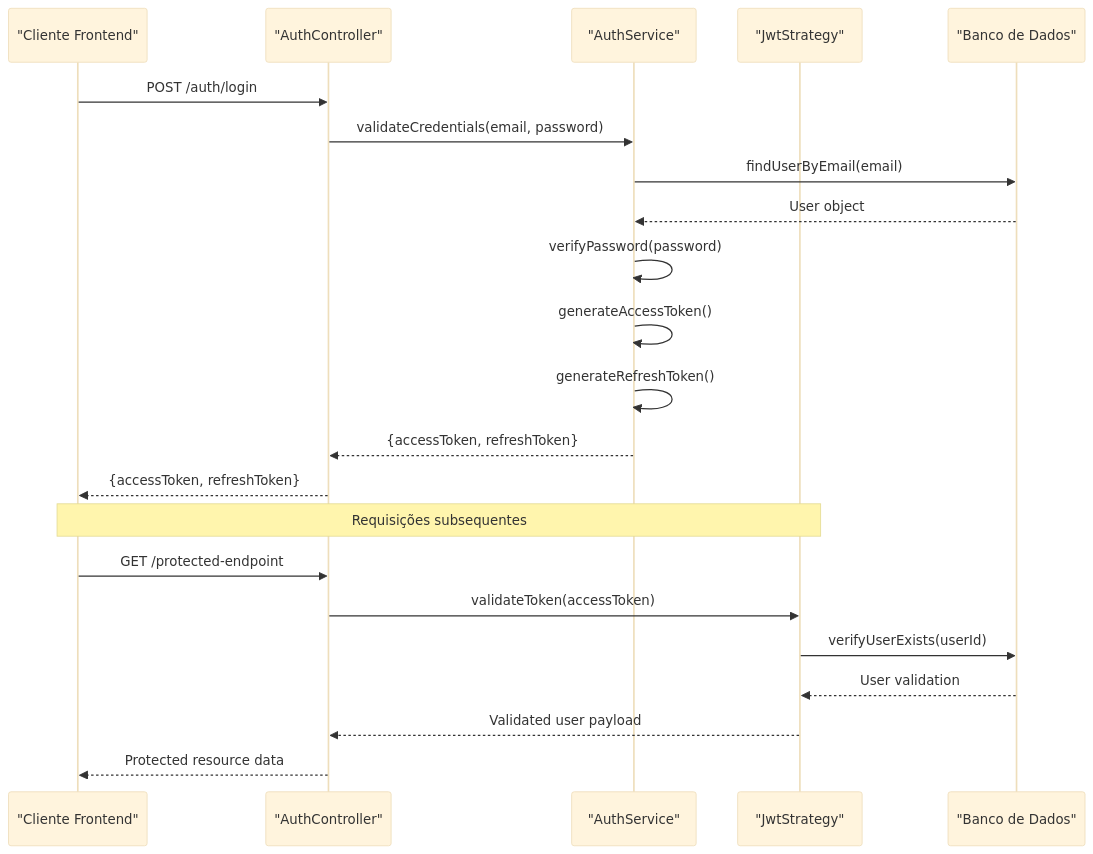
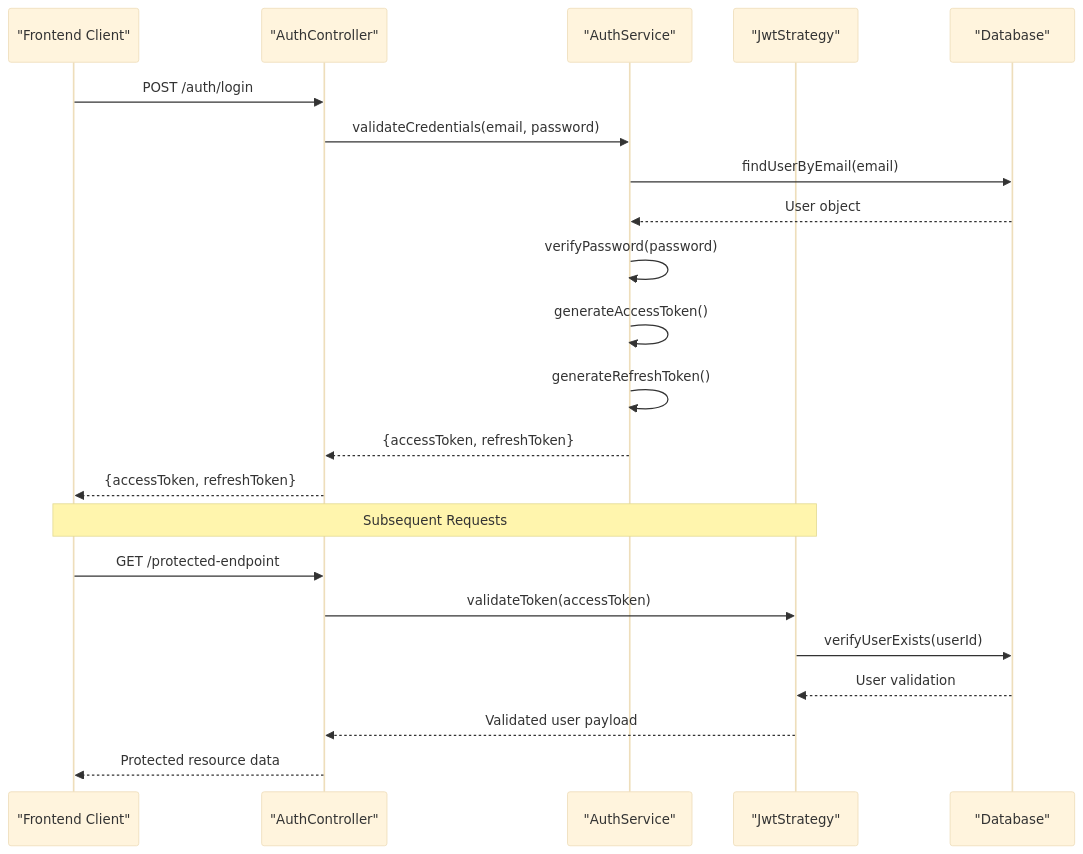
Before and after one commit to RobertRuas/windlog: the first of 10 diagrams in .qoder/repowiki/en/content/Segurança e Autenticação.md, drawn with Mermaid (base theme). The commit also changed other lines of this file and 136 other files, not shown here.

````diff
--- a/.qoder/repowiki/en/content/Segurança e Autenticação.md
+++ b/.qoder/repowiki/en/content/Segurança e Autenticação.md
@@ -33,24 +43,24 @@
 ```mermaid
 sequenceDiagram
-participant Client as "Cliente Frontend"
+participant Client as "Frontend Client"
 participant AuthController as "AuthController"
 participant AuthService as "AuthService"
 participant JwtStrategy as "JwtStrategy"
-participant Database as "Banco de Dados"
+participant Database as "Database"
 Client->>AuthController : POST /auth/login
 AuthController->>AuthService : validateCredentials(email, password)
 AuthService->>Database : findUserByEmail(email)
 Database-->>AuthService : User object
 AuthService->>AuthService : verifyPassword(password)
 AuthService->>AuthService : generateAccessToken()
 AuthService->>AuthService : generateRefreshToken()
 AuthService-->>AuthController : {accessToken, refreshToken}
 AuthController-->>Client : {accessToken, refreshToken}
-Note over Client,JwtStrategy : Requisições subsequentes
+Note over Client,JwtStrategy : Subsequent Requests
 Client->>AuthController : GET /protected-endpoint
 AuthController->>JwtStrategy : validateToken(accessToken)
 JwtStrategy->>Database : verifyUserExists(userId)
 Database-->>JwtStrategy : User validation
 JwtStrategy-->>AuthController : Validated user payload
 AuthController-->>Client : Protected resource data
 ```
````
